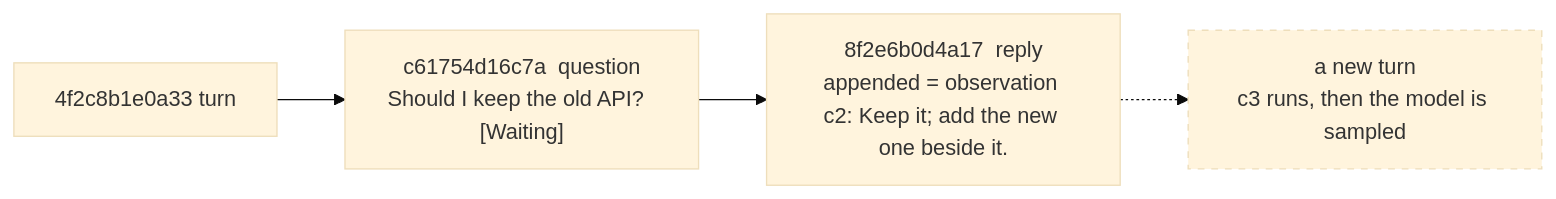
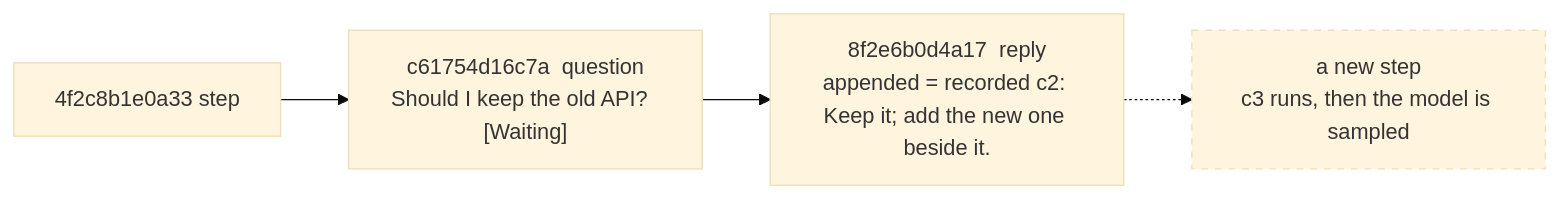
One commit to pku-xht/alaya changed the eighth of 9 diagrams in docs/trajectory-schema.md. Above: the diagram before and after it, drawn with Mermaid (base theme). The commit also changed other lines of this file and 48 other files, not shown here.

````diff
--- a/docs/trajectory-schema.md
+++ b/docs/trajectory-schema.md
@@ -362,8 +378,8 @@
 ```mermaid
 flowchart LR
-  t1["4f2c8b1e0a33  turn"] --> q["c61754d16c7a  question<br/>Should I keep the old API?  [Waiting]"]
-  q --> r["8f2e6b0d4a17  reply<br/>appended = observation c2: Keep it; add the new one beside it."]
-  r -.-> n["a new turn<br/>c3 runs, then the model is sampled"]
+  t1["4f2c8b1e0a33  step"] --> q["c61754d16c7a  question<br/>Should I keep the old API?  [Waiting]"]
+  q --> r["8f2e6b0d4a17  reply<br/>appended = recorded c2: Keep it; add the new one beside it."]
+  r -.-> n["a new step<br/>c3 runs, then the model is sampled"]
   classDef new stroke-dasharray: 5 5
   class n new
 ```
````
